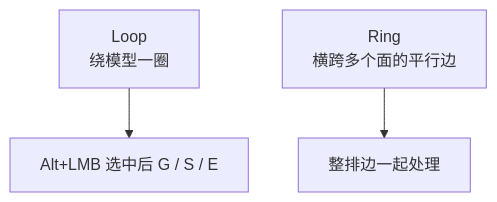
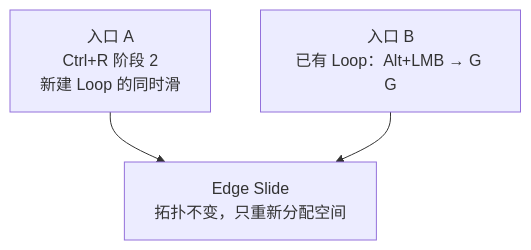
The fifth of 12 diagrams in Blender笔记/00-基础/05-环切与拓扑-Ctrl+R.md (liuchamp/blenderdsv1), drawn with Mermaid before and after one commit. The commit also changed other lines of this file and 16 other files, not shown here.

````diff
--- a/Blender笔记/00-基础/05-环切与拓扑-Ctrl+R.md
+++ b/Blender笔记/00-基础/05-环切与拓扑-Ctrl+R.md
@@ -91,5 +213,7 @@
 ```mermaid
 flowchart TD
-    Loop["Loop<br/>绕模型一圈"] --> LoopUse["Alt+LMB 选中后 G / S / E"]
-    Ring["Ring<br/>横跨多个面的平行边"] --> RingUse["整排边一起处理"]
+    E1["入口 A<br/>Ctrl+R 阶段 2<br/>新建 Loop 的同时滑"]
+    E2["入口 B<br/>已有 Loop：Alt+LMB → G G"]
+    E1 --> ES["Edge Slide<br/>拓扑不变，只重新分配空间"]
+    E2 --> ES
 ```
````
